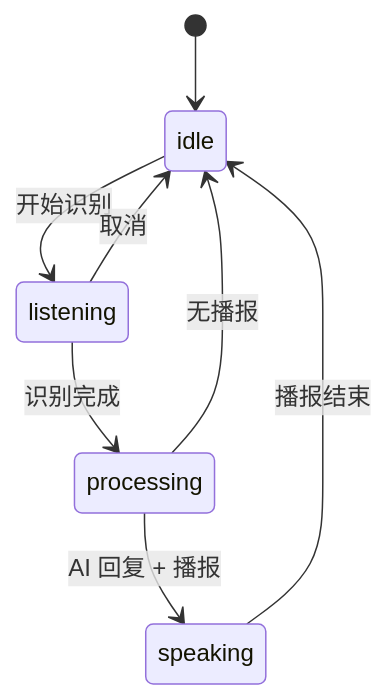
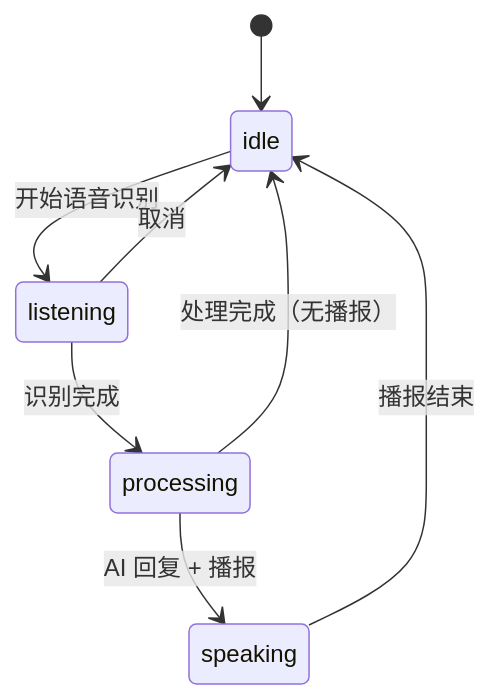
Before and after one commit to zw123zw/ai-browser: the sixth of 7 diagrams in docs/architecture/state-management.md, drawn with Mermaid. The commit also changed other lines of this file and 42 other files, not shown here.

````diff
--- a/docs/architecture/state-management.md
+++ b/docs/architecture/state-management.md
@@ -256,10 +397,10 @@
 ```mermaid
 stateDiagram-v2
     [*] --> idle
-    idle --> listening: 开始识别
+    idle --> listening: 开始语音识别
     listening --> processing: 识别完成
     processing --> speaking: AI 回复 + 播报
+    processing --> idle: 处理完成（无播报）
     speaking --> idle: 播报结束
-    processing --> idle: 无播报
     listening --> idle: 取消
 ```
````
